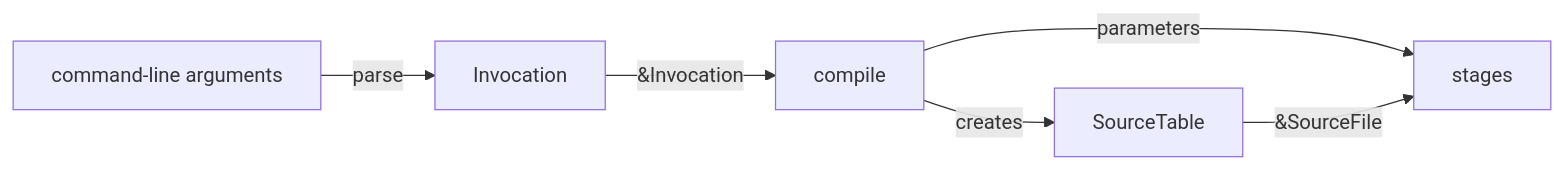
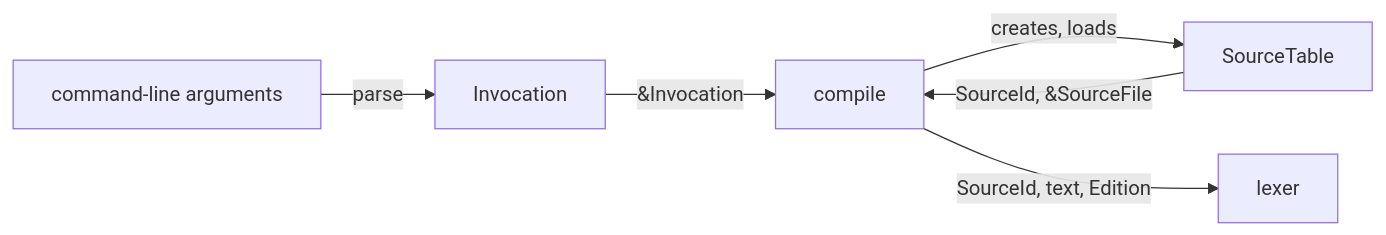
Before and after one commit to meerita/fernq: the diagram in docs/compiler-session.md, drawn with Mermaid. The commit also changed other lines of this file and 3 other files, not shown here.

First line of the commit message:
Document the required edition and the lexer

````diff
--- a/docs/compiler-session.md
+++ b/docs/compiler-session.md
@@ -16,14 +16,14 @@
 ```mermaid
 flowchart LR
     args["command-line arguments"]
     inv["Invocation"]
     compile["compile"]
     table["SourceTable"]
-    stages["stages"]
+    lexer["lexer"]
 
     args -- "parse" --> inv
     inv -- "&Invocation" --> compile
-    compile -- "creates" --> table
-    compile -- "parameters" --> stages
-    table -- "&SourceFile" --> stages
+    compile -- "creates, loads" --> table
+    table -- "SourceId, &SourceFile" --> compile
+    compile -- "SourceId, text, Edition" --> lexer
 ```
````
